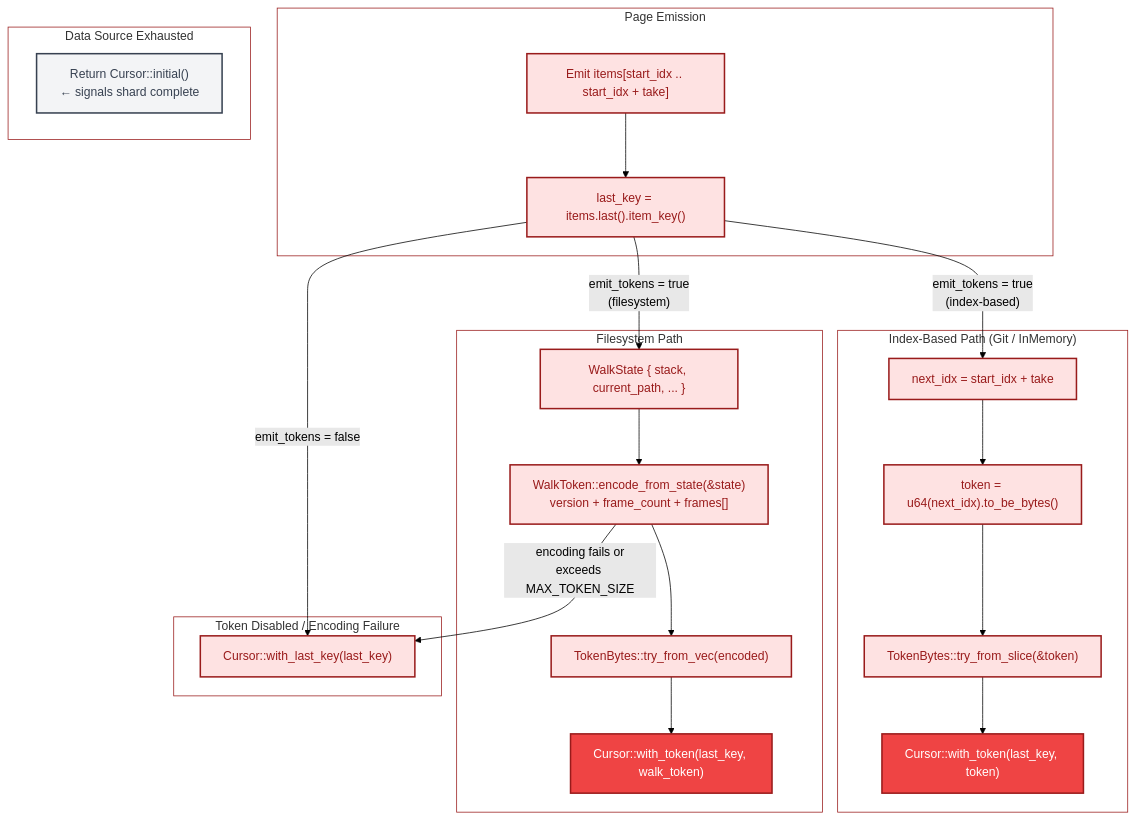
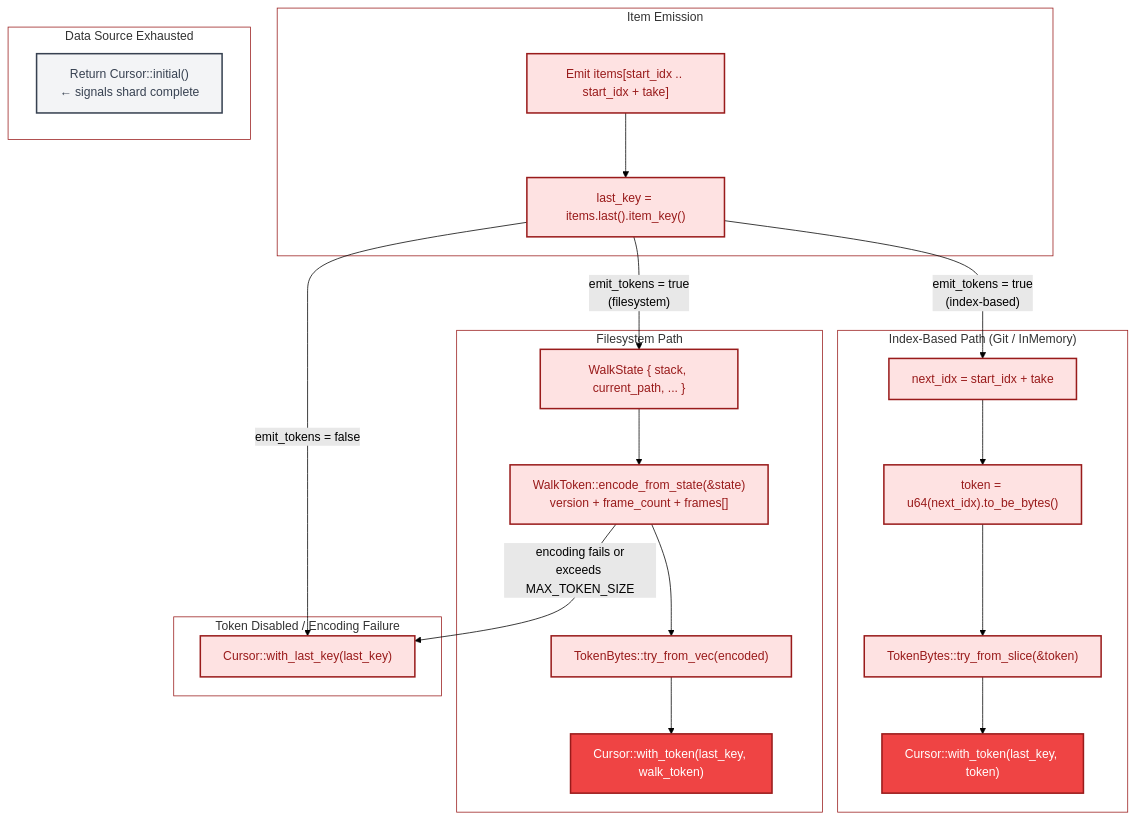
One commit to ahrav/Gossip-rs changed the fifth of 5 diagrams in diagrams/16-cursor-resume-strategy.md. Above: the diagram before and after it, drawn with Mermaid (forest theme). The commit also changed other lines of this file and 25 other files, not shown here.

````diff
--- a/diagrams/16-cursor-resume-strategy.md
+++ b/diagrams/16-cursor-resume-strategy.md
@@ -309,58 +309,58 @@
 ```mermaid
 %% Diagram: cursor-construction
 graph TD
-    subgraph page_emission["Page Emission"]
+    subgraph page_emission["Item Emission"]
         ITEMS["Emit items[start_idx .. start_idx + take]"]
         LAST["last_key = items.last().item_key()"]
     end
 
     subgraph index_path["Index-Based Path (Git / InMemory)"]
         NEXT_IDX["next_idx = start_idx + take"]
         ENCODE["token = u64(next_idx).to_be_bytes()"]
         TOKEN_BYTES["TokenBytes::try_from_slice(&token)"]
         BUILD["Cursor::with_token(last_key, token)"]
     end
 
     subgraph fs_path["Filesystem Path"]
         WALK_STATE["WalkState { stack, current_path, ... }"]
         WALK_ENCODE["WalkToken::encode_from_state(&state)<br/>version + frame_count + frames[]"]
         WALK_TOKEN["TokenBytes::try_from_vec(encoded)"]
         FS_BUILD["Cursor::with_token(last_key, walk_token)"]
     end
 
     subgraph no_token_path["Token Disabled / Encoding Failure"]
         KEY_ONLY["Cursor::with_last_key(last_key)"]
     end
 
     subgraph exhausted["Data Source Exhausted"]
         DONE["Return Cursor::initial()<br/>← signals shard complete"]
     end
 
     ITEMS --> LAST
     LAST -->|"emit_tokens = true<br/>(index-based)"| NEXT_IDX
     LAST -->|"emit_tokens = true<br/>(filesystem)"| WALK_STATE
     LAST -->|"emit_tokens = false"| KEY_ONLY
 
     NEXT_IDX --> ENCODE --> TOKEN_BYTES --> BUILD
     WALK_STATE --> WALK_ENCODE --> WALK_TOKEN --> FS_BUILD
     WALK_ENCODE -->|"encoding fails or<br/>exceeds MAX_TOKEN_SIZE"| KEY_ONLY
 
     style page_emission fill:none,stroke:#991B1B,stroke-width:1px
     style index_path fill:none,stroke:#991B1B,stroke-width:1px
     style fs_path fill:none,stroke:#991B1B,stroke-width:1px
     style no_token_path fill:none,stroke:#991B1B,stroke-width:1px
     style exhausted fill:none,stroke:#991B1B,stroke-width:1px
 
     style ITEMS fill:#FEE2E2,stroke:#991B1B,stroke-width:2px,color:#991B1B
     style LAST fill:#FEE2E2,stroke:#991B1B,stroke-width:2px,color:#991B1B
     style NEXT_IDX fill:#FEE2E2,stroke:#991B1B,stroke-width:2px,color:#991B1B
     style ENCODE fill:#FEE2E2,stroke:#991B1B,stroke-width:2px,color:#991B1B
     style TOKEN_BYTES fill:#FEE2E2,stroke:#991B1B,stroke-width:2px,color:#991B1B
     style BUILD fill:#EF4444,stroke:#991B1B,stroke-width:2px,color:#FFFFFF
     style WALK_STATE fill:#FEE2E2,stroke:#991B1B,stroke-width:2px,color:#991B1B
     style WALK_ENCODE fill:#FEE2E2,stroke:#991B1B,stroke-width:2px,color:#991B1B
     style WALK_TOKEN fill:#FEE2E2,stroke:#991B1B,stroke-width:2px,color:#991B1B
     style FS_BUILD fill:#EF4444,stroke:#991B1B,stroke-width:2px,color:#FFFFFF
     style KEY_ONLY fill:#FEE2E2,stroke:#991B1B,stroke-width:2px,color:#991B1B
     style DONE fill:#F3F4F6,stroke:#374151,stroke-width:2px,color:#374151
 ```
````
